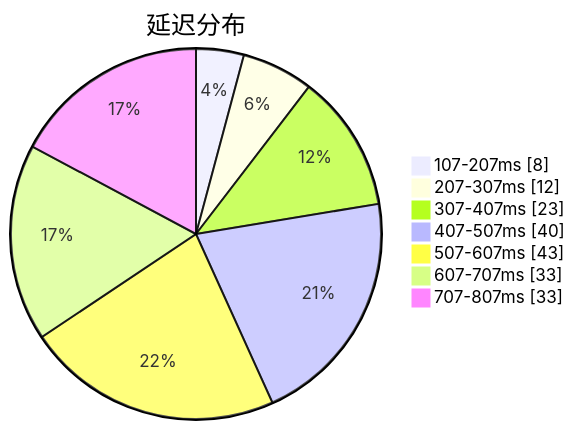
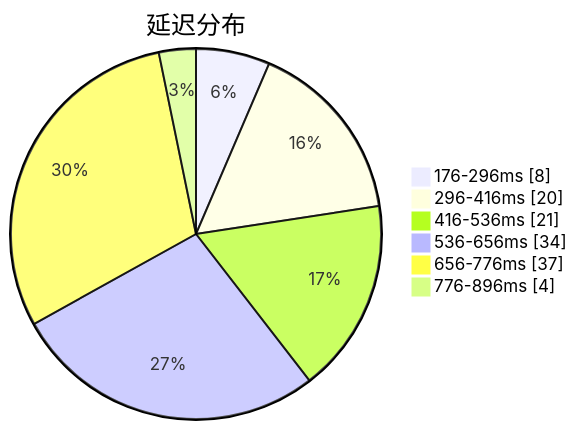
One commit to sinspired/airport changed the first of 3 diagrams in subs/statistics/tested_within.md. Above: the diagram before and after it, drawn with Mermaid. The commit also changed other lines of this file and 2 other files, not shown here.

````diff
--- a/subs/statistics/tested_within.md
+++ b/subs/statistics/tested_within.md
@@ -2,11 +2,10 @@
 ```mermaid
 pie showData
 title 延迟分布
-"107-207ms" : 8
-"207-307ms" : 12
-"307-407ms" : 23
-"407-507ms" : 40
-"507-607ms" : 43
-"607-707ms" : 33
-"707-807ms" : 33
+"176-296ms" : 8
+"296-416ms" : 20
+"416-536ms" : 21
+"536-656ms" : 34
+"656-776ms" : 37
+"776-896ms" : 4
 ```
````
